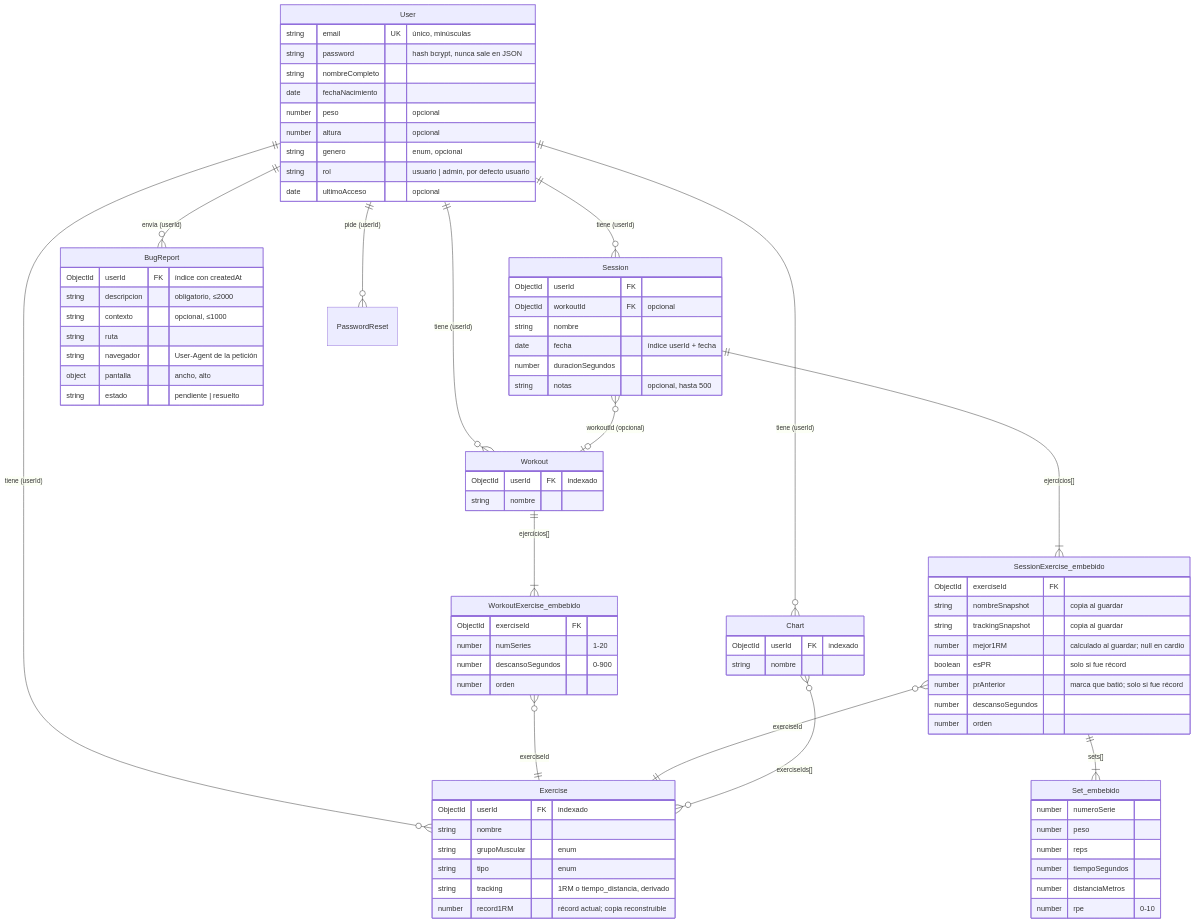
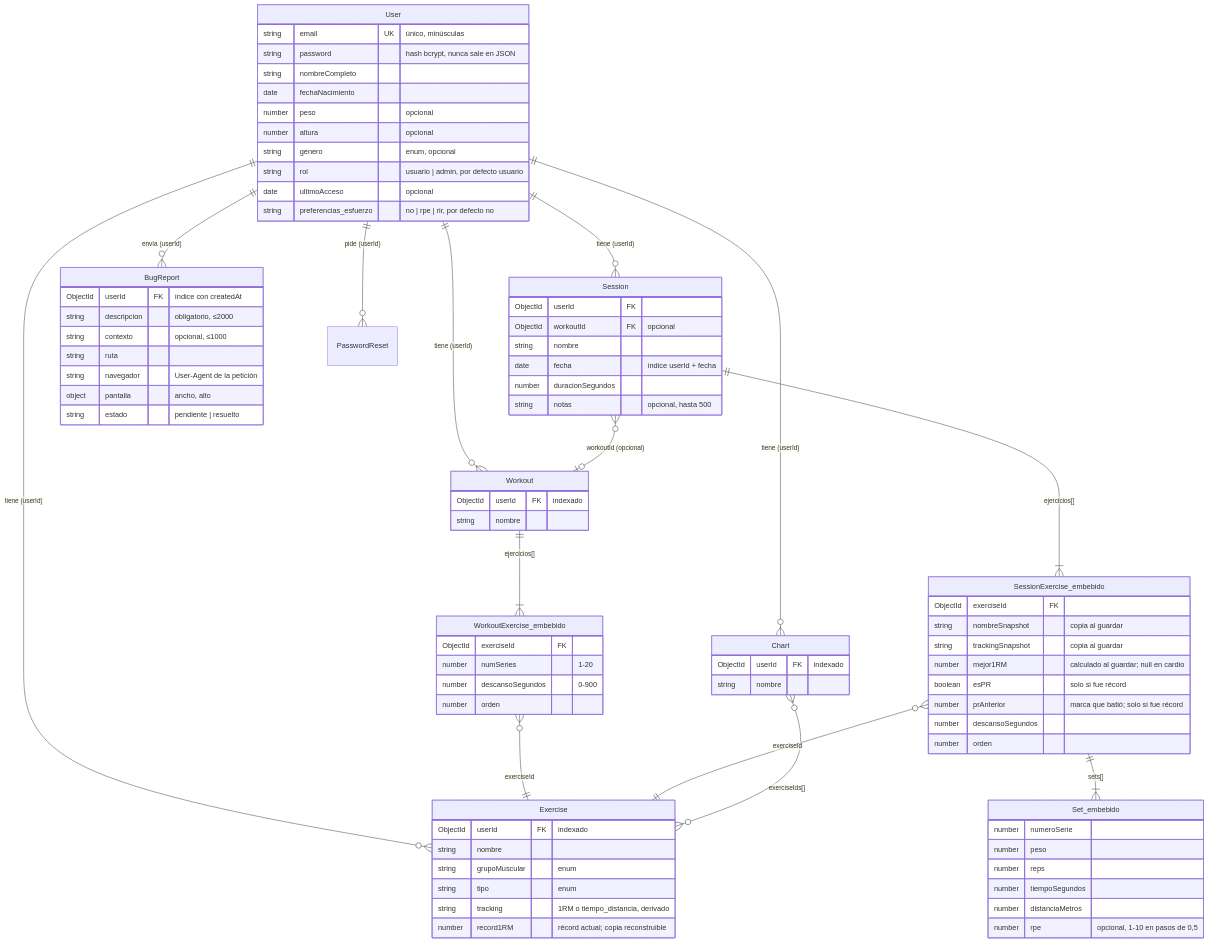
The first of 7 diagrams in docs/modelo-datos.md (daviddhernandez2/yieldfit), drawn with Mermaid before and after one commit. The commit also changed other lines of this file and 4 other files, not shown here.

```diff
--- a/docs/modelo-datos.md
+++ b/docs/modelo-datos.md
@@ -38,6 +38,7 @@
         string genero "enum, opcional"
         string rol "usuario | admin, por defecto usuario"
         date ultimoAcceso "opcional"
+        string preferencias_esfuerzo "no | rpe | rir, por defecto no"
     }
     Exercise {
         ObjectId userId FK "indexado"
@@ -81,7 +82,7 @@
         number reps
         number tiempoSegundos
         number distanciaMetros
-        number rpe "0-10"
+        number rpe "opcional, 1-10 en pasos de 0,5"
     }
     Chart {
         ObjectId userId FK "indexado"
```
